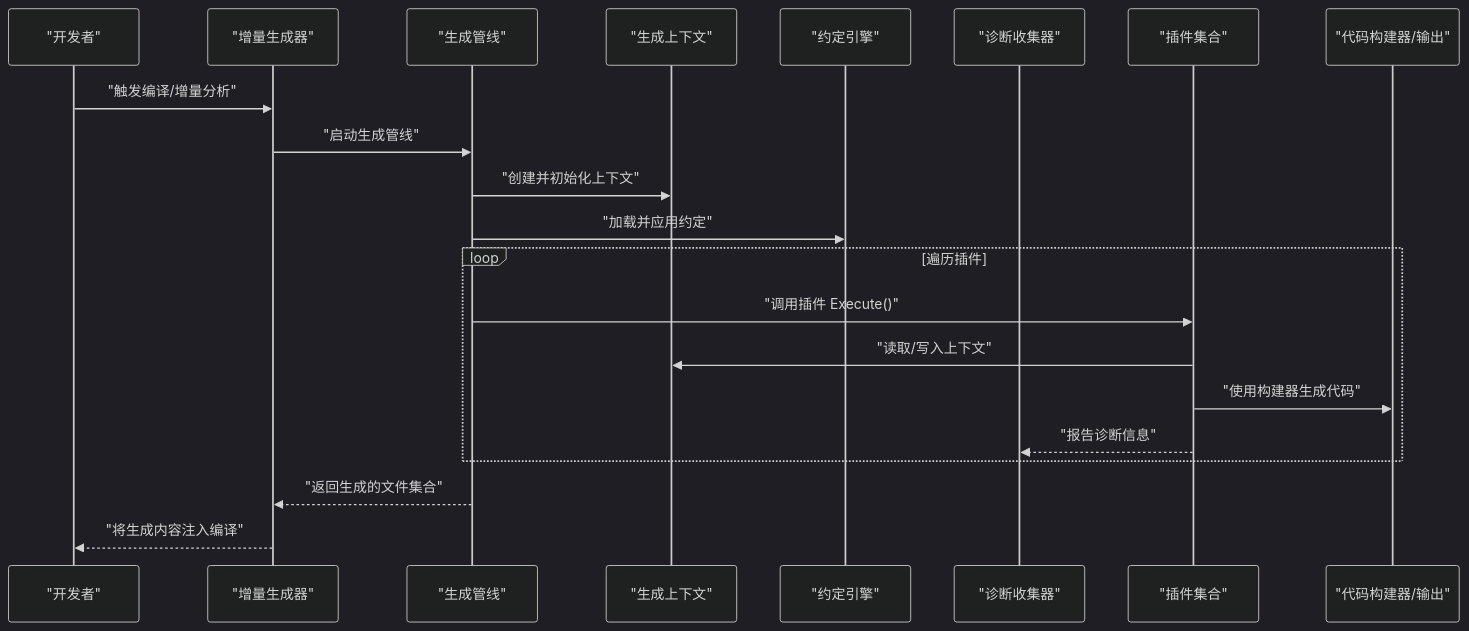
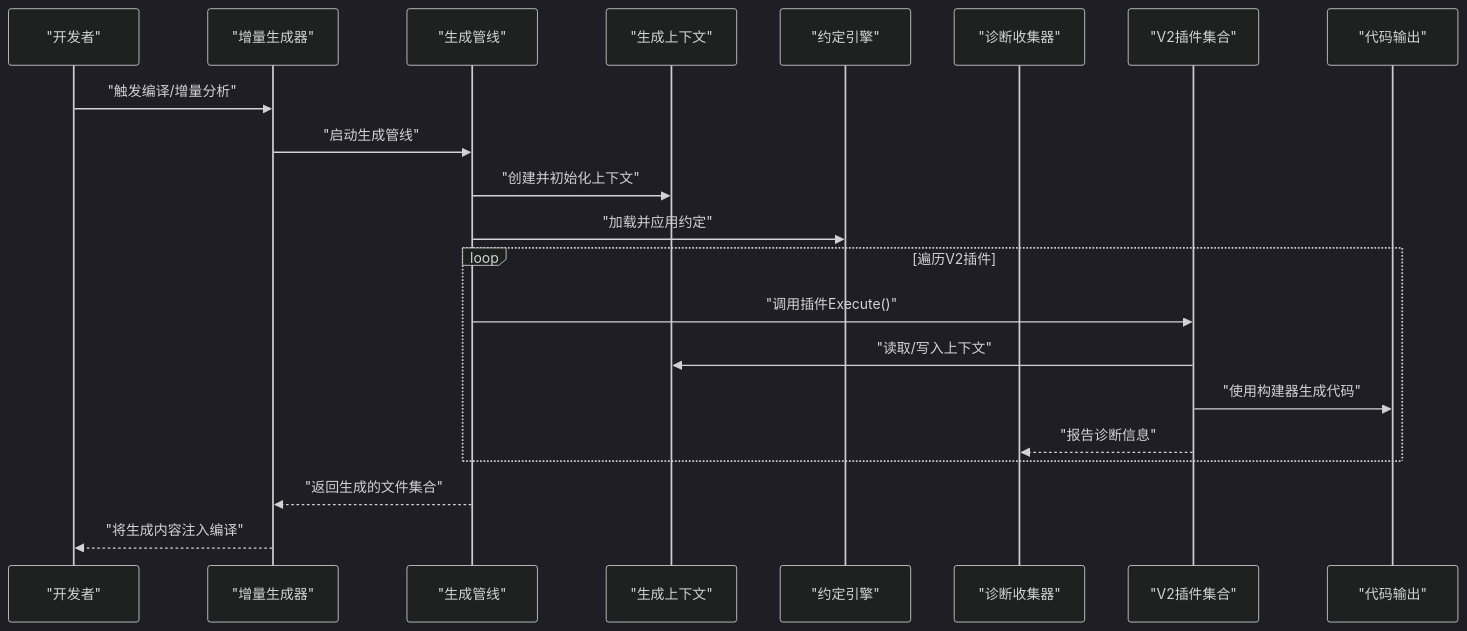
The second of 3 diagrams in .qoder/repowiki/zh/content/核心概念/V2插件架构.md (alivy/AutoCode), drawn with Mermaid (dark theme) before and after one commit. The commit also changed other lines of this file and 53 other files, not shown here.

````diff
--- a/.qoder/repowiki/zh/content/核心概念/V2插件架构.md
+++ b/.qoder/repowiki/zh/content/核心概念/V2插件架构.md
@@ -125,23 +147,23 @@
 ```mermaid
 sequenceDiagram
 participant Dev as "开发者"
 participant Gen as "增量生成器"
 participant Pipe as "生成管线"
 participant Ctx as "生成上下文"
 participant Conv as "约定引擎"
 participant Diag as "诊断收集器"
-participant Plug as "插件集合"
-participant Out as "代码构建器/输出"
+participant Plugins as "V2插件集合"
+participant Out as "代码输出"
 Dev->>Gen : "触发编译/增量分析"
 Gen->>Pipe : "启动生成管线"
 Pipe->>Ctx : "创建并初始化上下文"
 Pipe->>Conv : "加载并应用约定"
-loop 遍历插件
-Pipe->>Plug : "调用插件 Execute()"
-Plug->>Ctx : "读取/写入上下文"
-Plug->>Out : "使用构建器生成代码"
-Plug-->>Diag : "报告诊断信息"
+loop 遍历V2插件
+Pipe->>Plugins : "调用插件Execute()"
+Plugins->>Ctx : "读取/写入上下文"
+Plugins->>Out : "使用构建器生成代码"
+Plugins-->>Diag : "报告诊断信息"
 end
 Pipe-->>Gen : "返回生成的文件集合"
 Gen-->>Dev : "将生成内容注入编译"
 ```
````
